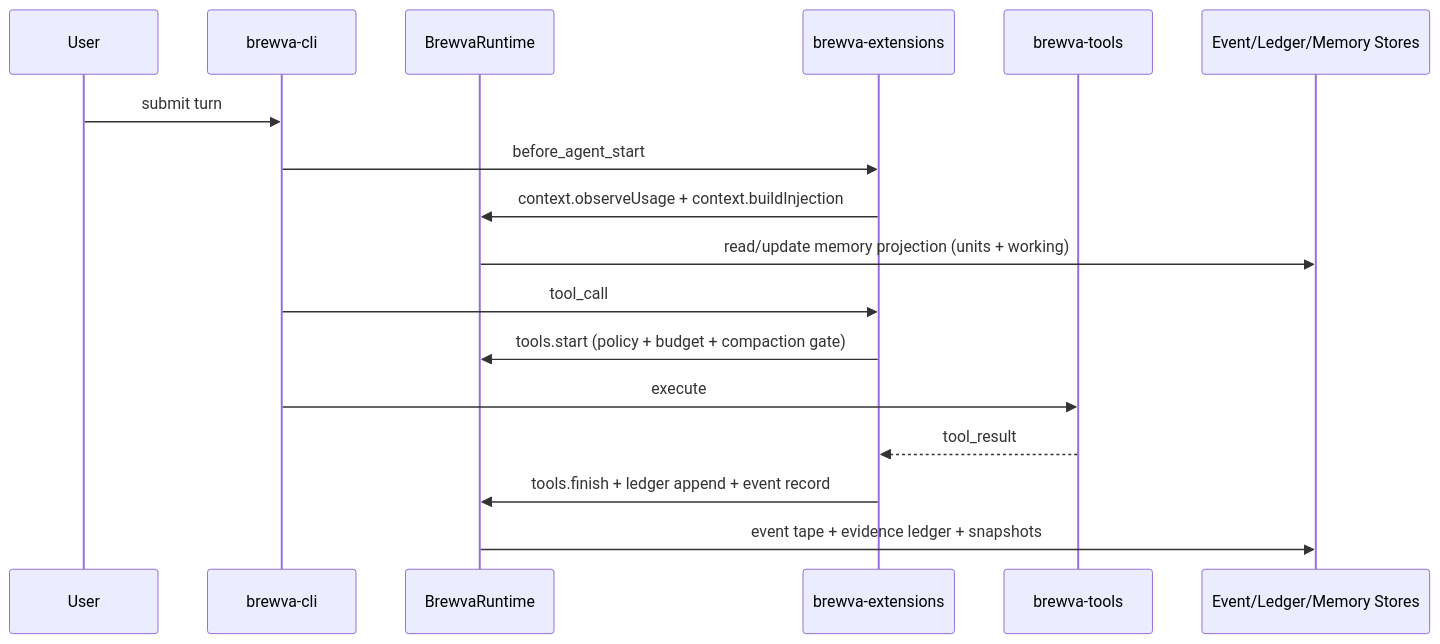
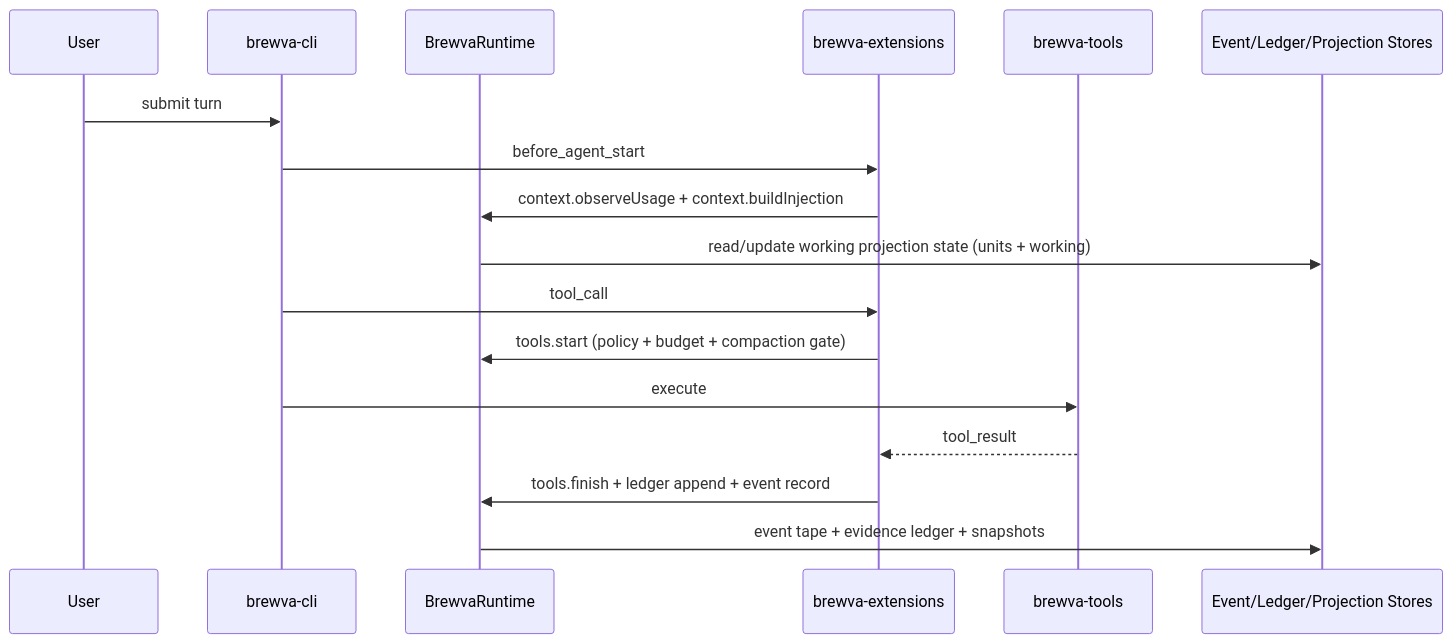
Before and after one commit to arcthur/brewva: the first of 6 diagrams in docs/architecture/control-and-data-flow.md, drawn with Mermaid. The commit also changed other lines of this file and 100 other files, not shown here.

````diff
--- a/docs/architecture/control-and-data-flow.md
+++ b/docs/architecture/control-and-data-flow.md
@@ -7,20 +7,20 @@
 ```mermaid
 sequenceDiagram
   participant U as User
   participant CLI as brewva-cli
   participant RT as BrewvaRuntime
   participant EXT as brewva-extensions
   participant TOOLS as brewva-tools
-  participant STORE as Event/Ledger/Memory Stores
+  participant STORE as Event/Ledger/Projection Stores
 
   U->>CLI: submit turn
   CLI->>EXT: before_agent_start
   EXT->>RT: context.observeUsage + context.buildInjection
-  RT->>STORE: read/update memory projection (units + working)
+  RT->>STORE: read/update working projection state (units + working)
   CLI->>EXT: tool_call
   EXT->>RT: tools.start (policy + budget + compaction gate)
   CLI->>TOOLS: execute
   TOOLS-->>EXT: tool_result
   EXT->>RT: tools.finish + ledger append + event record
   RT->>STORE: event tape + evidence ledger + snapshots
 ```
````
